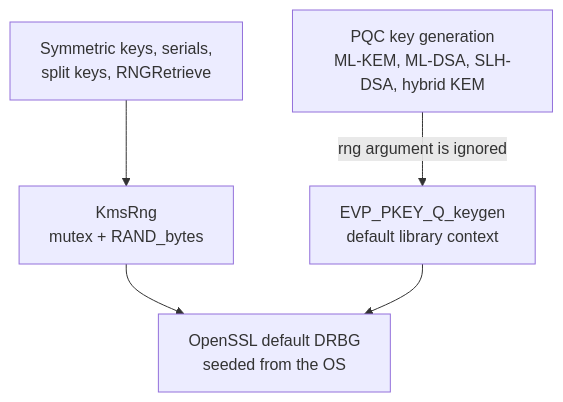
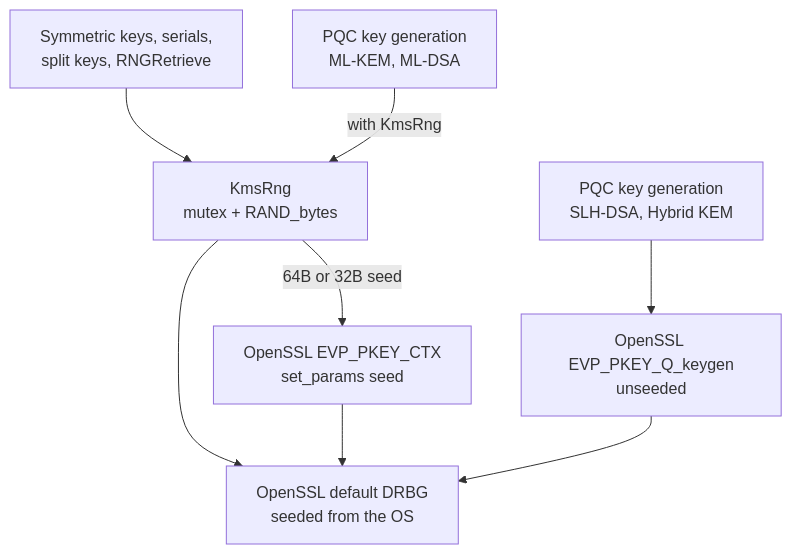
One commit to Cosmian/kms changed the diagram in documentation/docs/certifications_and_compliance/cryptographic_algorithms/pqc_entropy_compliance.md. Above: the diagram before and after it, drawn with Mermaid. The commit also changed other lines of this file and 7 other files, not shown here.

Commit message:
feat(crypto): thread OpenSSL propquery + FIPS indicator check through PQC keygen; recenter PQC entropy doc on NIST SP 800-227

````diff
--- a/documentation/docs/certifications_and_compliance/cryptographic_algorithms/pqc_entropy_compliance.md
+++ b/documentation/docs/certifications_and_compliance/cryptographic_algorithms/pqc_entropy_compliance.md
@@ -71,13 +104,18 @@
 ```mermaid
 flowchart TD
     A["Symmetric keys, serials,<br/>split keys, RNGRetrieve"]
     B["KmsRng<br/>mutex + RAND_bytes"]
-    C["PQC key generation<br/>ML-KEM, ML-DSA, SLH-DSA, hybrid KEM"]
-    D["EVP_PKEY_Q_keygen<br/>default library context"]
-    E["OpenSSL default DRBG<br/>seeded from the OS"]
+    C["PQC key generation<br/>ML-KEM, ML-DSA"]
+    D["PQC key generation<br/>SLH-DSA, Hybrid KEM"]
+    E["OpenSSL EVP_PKEY_CTX<br/>set_params seed"]
+    F["OpenSSL EVP_PKEY_Q_keygen<br/>unseeded"]
+    G["OpenSSL default DRBG<br/>seeded from the OS"]
 
     A --> B
-    B --> E
-    C -- "rng argument is ignored" --> D
-    D --> E
+    B --> G
+    C -- "with KmsRng" --> B
+    B -- "64B or 32B seed" --> E
+    E --> G
+    D --> F
+    F --> G
 ```
````
